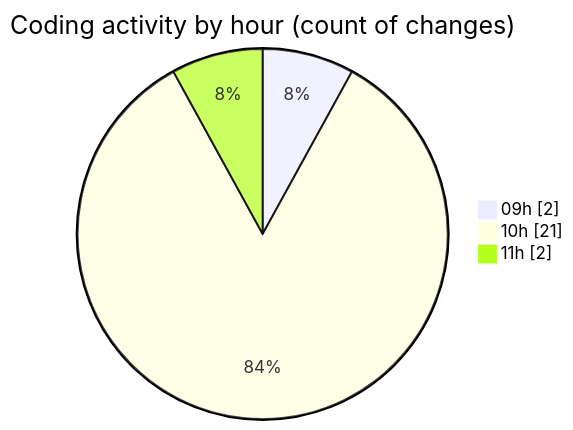
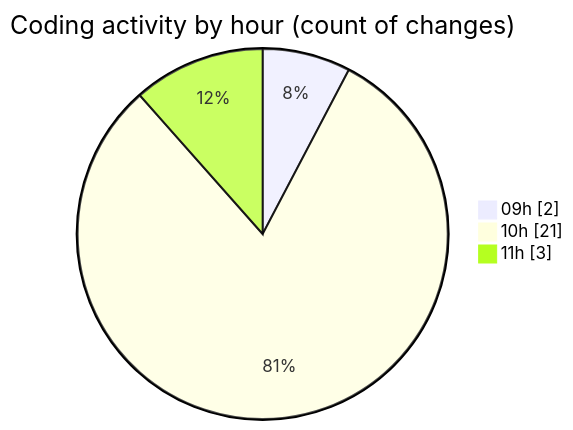
The second of 2 diagrams in 2025-03-27/kml/README.md (LanceThiago/code-tracking), drawn with Mermaid before and after one commit. The commit also changed other lines of this file and 1 other file, not shown here.

````diff
--- a/2025-03-27/kml/README.md
+++ b/2025-03-27/kml/README.md
@@ -40,7 +40,7 @@
 ```mermaid
 pie showData
 title Coding activity by hour (count of changes)
 "09h" : 2
 "10h" : 21
-"11h" : 2
+"11h" : 3
 ```
````
